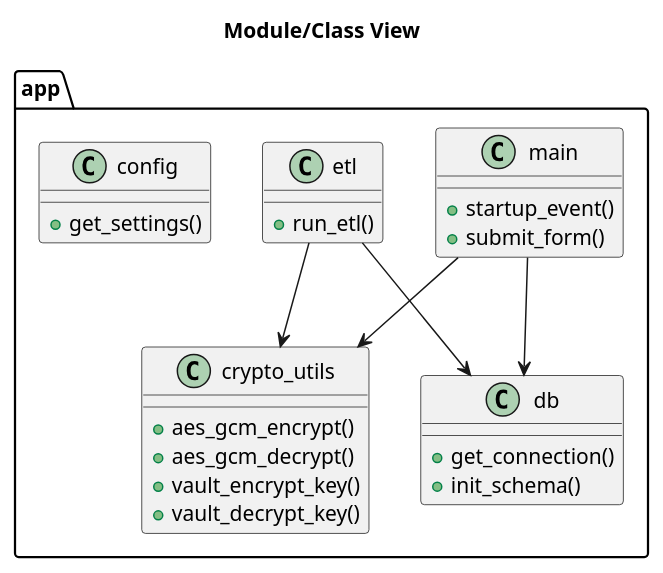
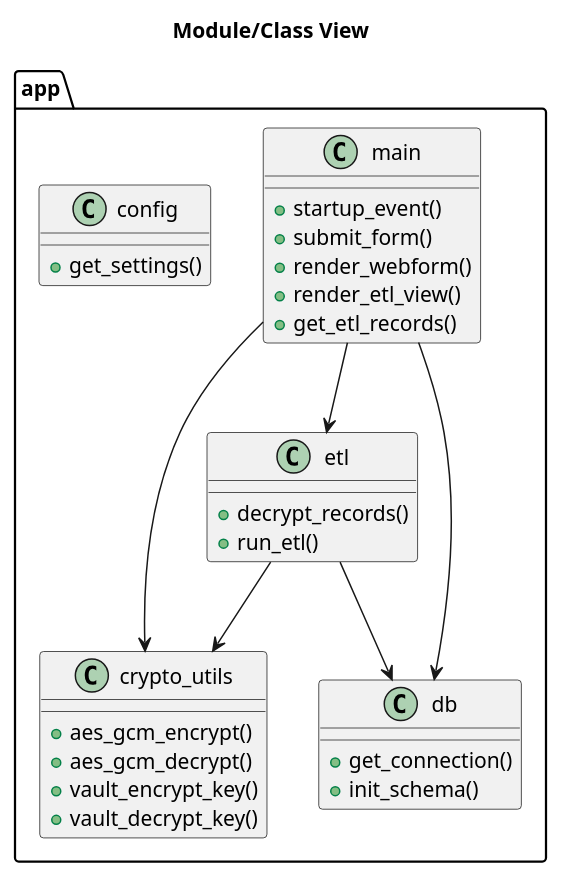
Before and after one commit to sonimanish0604/encrypt-poc: the diagram in diagrams/classModule.puml, drawn with PlantUML. The commit also changed 1 other file, not shown here.

Commit message:
Sync diagrams with ETL join flow and new endpoints

```diff
--- a/diagrams/classModule.puml
+++ b/diagrams/classModule.puml
@@ -1,36 +1,41 @@
 @startuml
 title Module/Class View
 
 package "app" {
   class main {
     +startup_event()
     +submit_form()
+    +render_webform()
+    +render_etl_view()
+    +get_etl_records()
   }
 
   class crypto_utils {
     +aes_gcm_encrypt()
     +aes_gcm_decrypt()
     +vault_encrypt_key()
     +vault_decrypt_key()
   }
 
   class db {
     +get_connection()
     +init_schema()
   }
 
   class etl {
+    +decrypt_records()
     +run_etl()
   }
 
   class config {
     +get_settings()
   }
 }
 
 main --> db
 main --> crypto_utils
+main --> etl
 etl --> db
 etl --> crypto_utils
 
 @enduml
```
